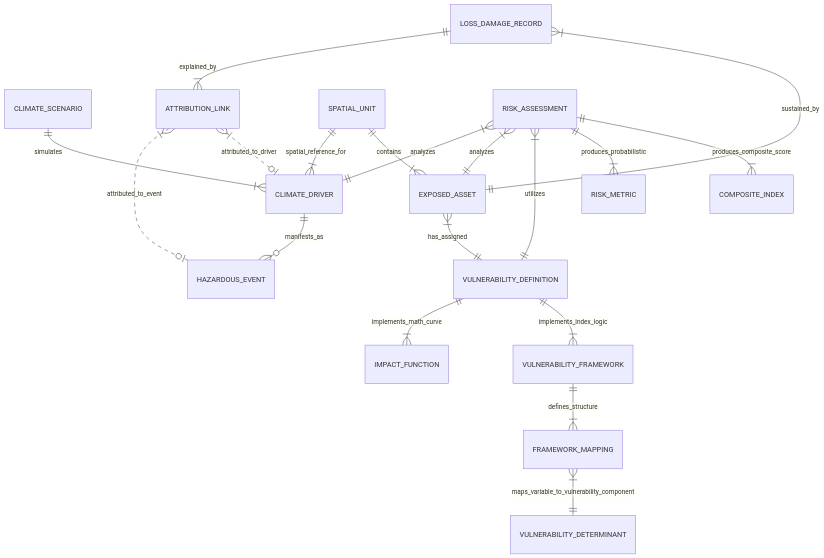
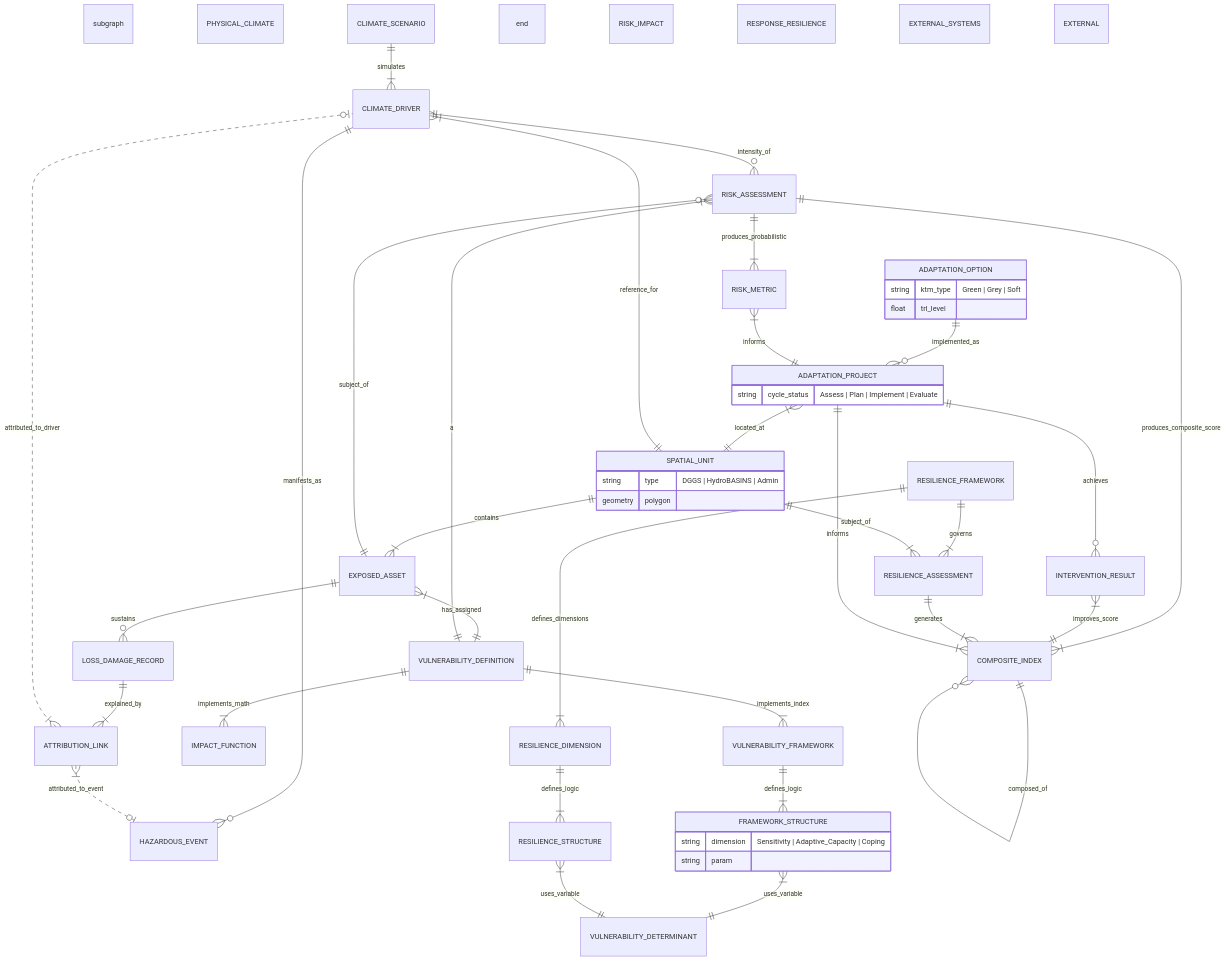
One commit to Bossax/susu-oracle changed the diagram in 01_Projects/2025-11_DCCE-CRDB/task/Conceptual Data Model for climate risk and adaptation data system.md. Above: the diagram before and after it, drawn with Mermaid. The commit also changed other lines of this file and 1131 other files, not shown here.

````diff
--- a/01_Projects/2025-11_DCCE-CRDB/task/Conceptual Data Model for climate risk and adaptation data system.md
+++ b/01_Projects/2025-11_DCCE-CRDB/task/Conceptual Data Model for climate risk and adaptation data system.md
@@ -163,43 +42,178 @@
 ```mermaid
+
 erDiagram
-    %% --- SUBJECT AREA 1: PHYSICAL CLIMATE (The Cause) ---
-    CLIMATE_SCENARIO ||--|{ CLIMATE_DRIVER : simulates
-    CLIMATE_DRIVER ||--o{ HAZARDOUS_EVENT : manifests_as
-    
-    %% --- SUBJECT AREA 2: ATTRIBUTION (The Bridge) ---
-    %% The Link explains the Loss by pointing to a Cause
-    LOSS_DAMAGE_RECORD ||--|{ ATTRIBUTION_LINK : explained_by
-    
-    %% The Cause can be a distinct Event (Shock) OR a Driver (Stress)
-    ATTRIBUTION_LINK }|..o| HAZARDOUS_EVENT : attributed_to_event
-    ATTRIBUTION_LINK }|..o| CLIMATE_DRIVER : attributed_to_driver
 
-    %% --- SUBJECT AREA 3: ASSETS & SPACE (The Receptor) ---
-    SPATIAL_UNIT ||--|{ CLIMATE_DRIVER : spatial_reference_for
-    SPATIAL_UNIT ||--|{ EXPOSED_ASSET : contains
-    
-    %% --- SUBJECT AREA 4: VULNERABILITY (The Strategy) ---
-    %% Asset is assigned a vulnerability definition
-    EXPOSED_ASSET }|--|| VULNERABILITY_DEFINITION : has_assigned
-    
-    %% The Strategy Pattern: Two ways to define vulnerability
-    VULNERABILITY_DEFINITION ||--|{ IMPACT_FUNCTION : implements_math_curve
-    VULNERABILITY_DEFINITION ||--|{ VULNERABILITY_FRAMEWORK : implements_index_logic
-    
-    %% The Indicator Library Pattern (Soft Data)
-    VULNERABILITY_FRAMEWORK ||--|{ FRAMEWORK_MAPPING : defines_structure
-    FRAMEWORK_MAPPING }|--|| VULNERABILITY_DETERMINANT : maps_variable_to_vulnerability_component
+    %% =======================================================
 
-    %% --- SUBJECT AREA 5: OUTCOMES (The Products) ---
-    %% Risk Assessment uses the Science (Driver) + The Asset + The Vuln Def
-    RISK_ASSESSMENT }|--|| CLIMATE_DRIVER : analyzes
-    RISK_ASSESSMENT }|--|| EXPOSED_ASSET : analyzes
-    RISK_ASSESSMENT }|--|| VULNERABILITY_DEFINITION : utilizes
+    %% SUBJECT AREA 1: PHYSICAL CLIMATE (TOR 1) - PRESERVED
 
-    %% The Outputs
-    RISK_ASSESSMENT ||--|{ RISK_METRIC : produces_probabilistic
-    RISK_ASSESSMENT ||--|{ COMPOSITE_INDEX : produces_composite_score
+    %% =======================================================
 
-    %% Retrospective Link (Loss happens to Asset)
-    LOSS_DAMAGE_RECORD }|--|| EXPOSED_ASSET : sustained_by
+    subgraph PHYSICAL_CLIMATE
+
+        CLIMATE_SCENARIO ||--|{ CLIMATE_DRIVER : simulates
+
+        CLIMATE_DRIVER ||--o{ HAZARDOUS_EVENT : manifests_as
+
+    end
+
+  
+
+    %% =======================================================
+
+    %% SUBJECT AREA 2: RISK & IMPACT (TOR 2) - PRESERVED
+
+    %% =======================================================
+
+    subgraph RISK_IMPACT
+
+        SPATIAL_UNIT ||--|{ CLIMATE_DRIVER : reference_for
+
+        SPATIAL_UNIT ||--|{ EXPOSED_ASSET : contains
+
+        SPATIAL_UNIT {
+
+            string type "DGGS | HydroBASINS | Admin"
+
+            geometry polygon
+
+        }
+
+        %% The direct link for slow-onset risk
+
+        CLIMATE_DRIVER ||--o{ RISK_ASSESSMENT : intensity_of
+
+        EXPOSED_ASSET ||--o{ LOSS_DAMAGE_RECORD : sustains
+
+        EXPOSED_ASSET ||--o{ RISK_ASSESSMENT : subject_of
+
+        LOSS_DAMAGE_RECORD ||--|{ ATTRIBUTION_LINK : explained_by
+
+        ATTRIBUTION_LINK }|..o| HAZARDOUS_EVENT : attributed_to_event
+
+        ATTRIBUTION_LINK }|..o| CLIMATE_DRIVER : attributed_to_driver
+
+        %% SUBJECT AREA 3: VULNERABILITY and Exposure (The Strategy)
+
+        EXPOSED_ASSET }|--|| VULNERABILITY_DEFINITION : has_assigned
+
+        VULNERABILITY_DEFINITION ||--|{ IMPACT_FUNCTION : implements_math
+
+        VULNERABILITY_DEFINITION ||--|{ VULNERABILITY_FRAMEWORK : implements_index
+
+        VULNERABILITY_DEFINITION ||--|{ RISK_ASSESSMENT : a
+
+        VULNERABILITY_FRAMEWORK ||--|{ FRAMEWORK_STRUCTURE : defines_logic
+
+        FRAMEWORK_STRUCTURE }|--|| VULNERABILITY_DETERMINANT : uses_variable
+
+        FRAMEWORK_STRUCTURE {
+
+            string dimension "Sensitivity | Adaptive_Capacity | Coping"
+
+            string param
+
+        }
+
+  
+  
+
+        %% The Outputs
+
+        RISK_ASSESSMENT ||--|{ RISK_METRIC : produces_probabilistic
+
+        RISK_ASSESSMENT ||--|{ COMPOSITE_INDEX : produces_composite_score
+
+    end
+
+  
+  
+
+    %% =======================================================
+
+    %% SUBJECT AREA 4: RESPONSE & RESILIENCE (TOR 3 & 4) - UPDATED
+
+    %% =======================================================
+
+    %% Expanded to include the Recursive Logic you approved
+
+    subgraph RESPONSE_RESILIENCE
+
+        ADAPTATION_OPTION ||--o{ ADAPTATION_PROJECT : "implemented_as"
+
+        ADAPTATION_OPTION {
+
+            string ktm_type "Green | Grey | Soft"
+
+            float trl_level
+
+        }
+
+        RISK_METRIC }|--|| ADAPTATION_PROJECT : "informs"
+
+        COMPOSITE_INDEX }|--|| ADAPTATION_PROJECT : "informs"
+
+  
+
+        ADAPTATION_PROJECT }|--|| SPATIAL_UNIT : "located_at"
+
+        ADAPTATION_PROJECT ||--o{ INTERVENTION_RESULT : "achieves"
+
+        %% --- NEW RESILIENCE LOGIC STARTS HERE ---
+
+        %% Replacing the simple "RESILIENCE_INDEX" with the full recursive domain
+
+        %% 1. The Result improves the Score
+
+        INTERVENTION_RESULT }|--|| COMPOSITE_INDEX : "improves_score"
+
+  
+
+        %% 2. The Recursive Score Structure (Total -> Dimension -> Sub-Index)
+
+        COMPOSITE_INDEX ||--o{ COMPOSITE_INDEX : "composed_of"
+
+        %% 3. The Methodology
+
+        RESILIENCE_FRAMEWORK ||--|{ RESILIENCE_DIMENSION : defines_dimensions
+
+        RESILIENCE_DIMENSION ||--|{ RESILIENCE_STRUCTURE : defines_logic
+
+        RESILIENCE_FRAMEWORK ||--|{ RESILIENCE_ASSESSMENT : governs
+
+        %% 4. The Assessment Context
+
+        RESILIENCE_ASSESSMENT ||--|{ COMPOSITE_INDEX : generates
+
+        SPATIAL_UNIT ||--|{ RESILIENCE_ASSESSMENT : subject_of
+
+  
+
+        %% 5. The Link to Raw Data (Integration with Subject Area 3)
+
+        RESILIENCE_STRUCTURE }|--|| VULNERABILITY_DETERMINANT : uses_variable
+
+        ADAPTATION_PROJECT {
+
+            string cycle_status "Assess | Plan | Implement | Evaluate"
+
+        }
+
+    end
+
+  
+
+    %% =======================================================
+
+    %% EXTERNAL SYSTEM STUBS - PRESERVED
+
+    %% =======================================================
+
+    subgraph EXTERNAL_SYSTEMS
+
+        EXTERNAL
+
+    end
+
+
 ```
````
